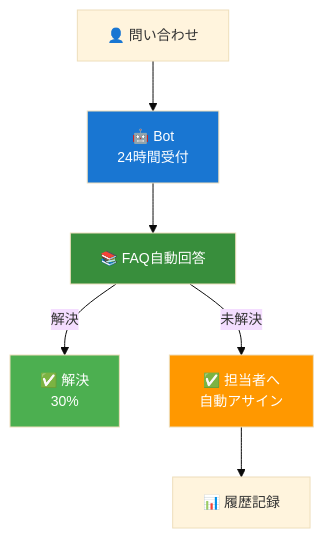
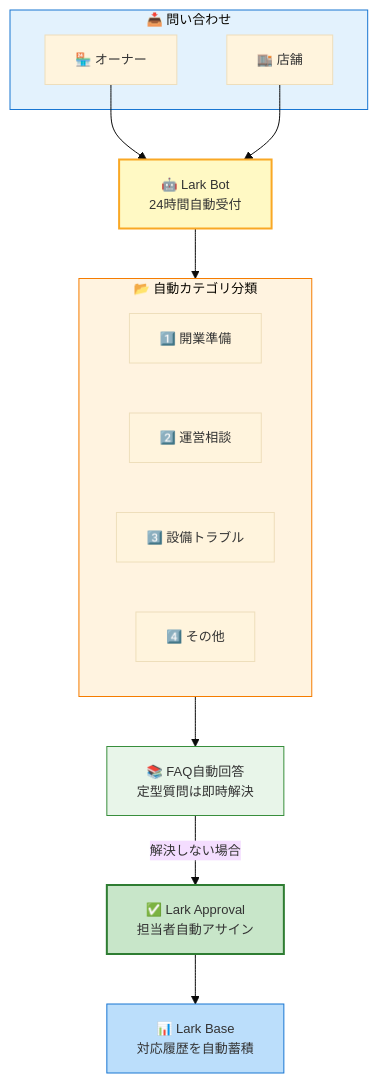
Before and after one commit to PLark-droid/lark-proposal: the ninth of 20 diagrams in docs/FITPLACE_LARK_PROPOSAL.md, drawn with Mermaid. The commit also changed other lines of this file, not shown here.

First line of the commit message:
docs: V1コンテンツベースにインフォグラフィック品質のMermaid図を適用

````diff
--- a/docs/FITPLACE_LARK_PROPOSAL.md
+++ b/docs/FITPLACE_LARK_PROPOSAL.md
@@ -265,20 +369,37 @@
 ```mermaid
-%%{init: {'theme': 'base', 'themeVariables': {'fontSize': '14px'}}}%%
+%%{init: {'theme': 'base', 'themeVariables': {'fontSize': '13px'}}}%%
 flowchart TB
-    A["👤 問い合わせ"]
-    B["🤖 Bot<br/>24時間受付"]
-    C["📚 FAQ自動回答"]
+    subgraph input["📥 問い合わせ"]
+        I1["🏪 オーナー"]
+        I2["🏬 店舗"]
+    end
 
-    D["✅ 解決<br/>30%"]
-    E["✅ 担当者へ<br/>自動アサイン"]
-    F["📊 履歴記録"]
+    bot["🤖 Lark Bot<br/>24時間自動受付"]
 
-    A --> B --> C
-    C -->|解決| D
-    C -->|未解決| E --> F
+    subgraph category["📂 自動カテゴリ分類"]
+        C1["1️⃣ 開業準備"]
+        C2["2️⃣ 運営相談"]
+        C3["3️⃣ 設備トラブル"]
+        C4["4️⃣ その他"]
+    end
 
-    style B fill:#1976d2,color:#fff
-    style C fill:#388e3c,color:#fff
-    style D fill:#4caf50,color:#fff
-    style E fill:#ff9800,color:#fff
+    faq["📚 FAQ自動回答<br/>定型質問は即時解決"]
+
+    approval["✅ Lark Approval<br/>担当者自動アサイン"]
+
+    base["📊 Lark Base<br/>対応履歴を自動蓄積"]
+
+    I1 --> bot
+    I2 --> bot
+    bot --> category
+    category --> faq
+    faq -->|"解決しない場合"| approval
+    approval --> base
+
+    style input fill:#e3f2fd,stroke:#1976d2
+    style bot fill:#fff9c4,stroke:#f9a825,stroke-width:2px
+    style category fill:#fff3e0,stroke:#f57c00
+    style faq fill:#e8f5e9,stroke:#388e3c
+    style approval fill:#c8e6c9,stroke:#2e7d32,stroke-width:2px
+    style base fill:#bbdefb,stroke:#1976d2
 ```
````
